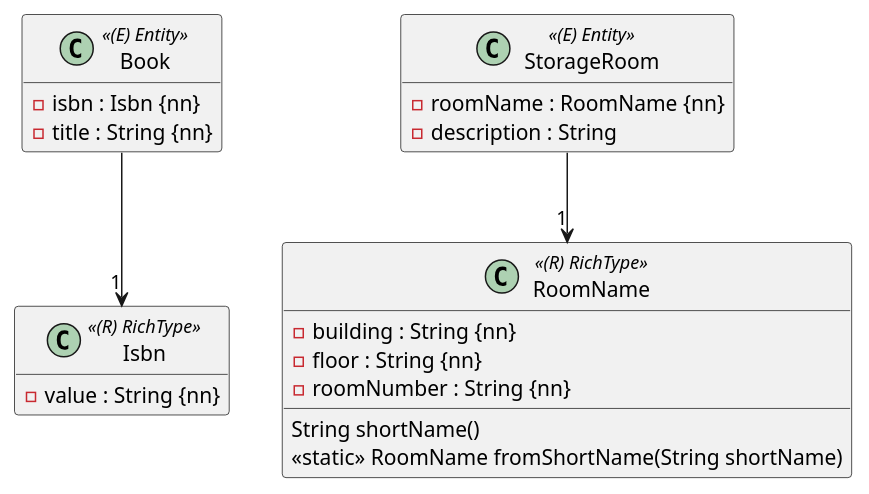
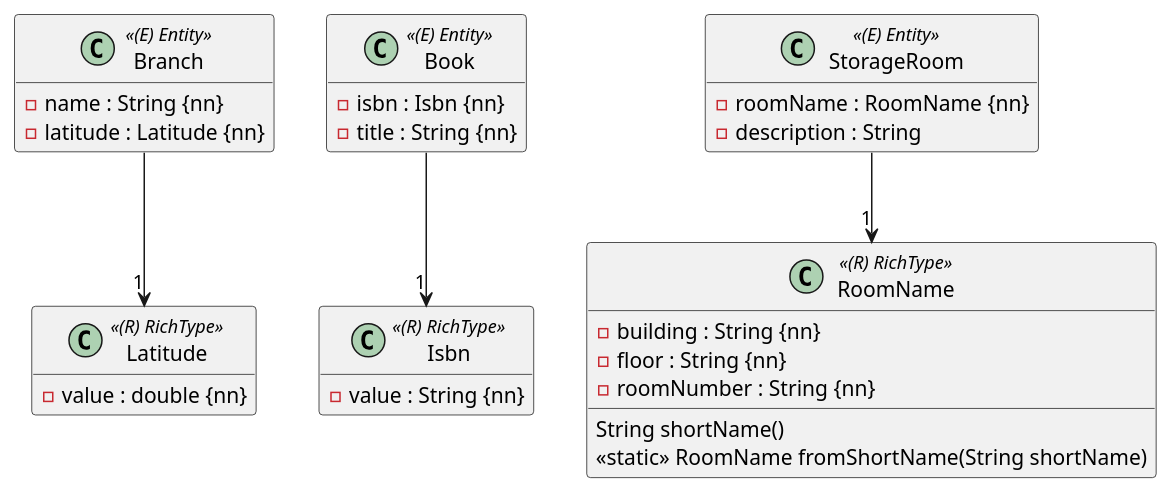
One commit to SJ2627-POS-Lernwerkstatt/SJ2627-POS-Lernwerkstatt.github.io changed the diagram in src/content/jpa/08-rich-types.md. Above: the diagram before and after it, drawn with PlantUML. The commit also changed other lines of this file and 150 other files, not shown here.

````diff
--- a/src/content/jpa/08-rich-types.md
+++ b/src/content/jpa/08-rich-types.md
@@ -10,31 +10,41 @@
 ```plantuml
 @startuml
 hide empty methods
+
+class Branch <<(E) Entity>> {
+  - name : String {nn}
+  - latitude : Latitude {nn}
+}
+
+class Latitude <<(R) RichType>> {
+  - value : double {nn}
+}
 
 class Book <<(E) Entity>> {
   - isbn : Isbn {nn}
   - title : String {nn}
 }
 
 class Isbn <<(R) RichType>> {
   - value : String {nn}
 }
 
 class StorageRoom <<(E) Entity>> {
   - roomName : RoomName {nn}
   - description : String
 }
 
 class RoomName <<(R) RichType>> {
   - building : String {nn}
   - floor : String {nn}
   - roomNumber : String {nn}
 
   String shortName()
   <<static>> RoomName fromShortName(String shortName)
 }
 
+Branch --> "1" Latitude
 Book --> "1" Isbn
 StorageRoom --> "1" RoomName
 @enduml
 ```
````
